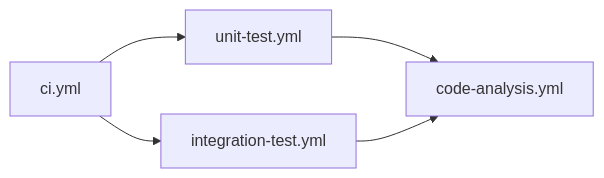
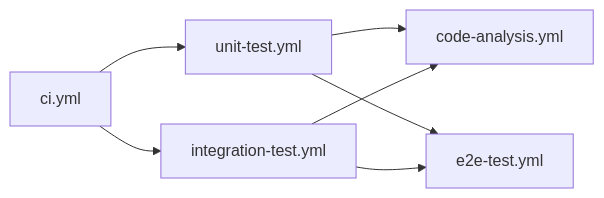
The second of 2 diagrams in docs/CI_WORKFLOW_ARCHITECTURE.md (samdofreelancer/money-keeper), drawn with Mermaid before and after one commit. The commit also changed other lines of this file and 7 other files, not shown here.

````diff
--- a/docs/CI_WORKFLOW_ARCHITECTURE.md
+++ b/docs/CI_WORKFLOW_ARCHITECTURE.md
@@ -52,7 +55,9 @@
 ```mermaid
 flowchart LR
     CI["ci.yml"] --> Unit["unit-test.yml"]
     CI --> Integration["integration-test.yml"]
     Unit --> Analysis["code-analysis.yml"]
     Integration --> Analysis
+    Unit --> E2E["e2e-test.yml"]
+    Integration --> E2E
 ```
````
